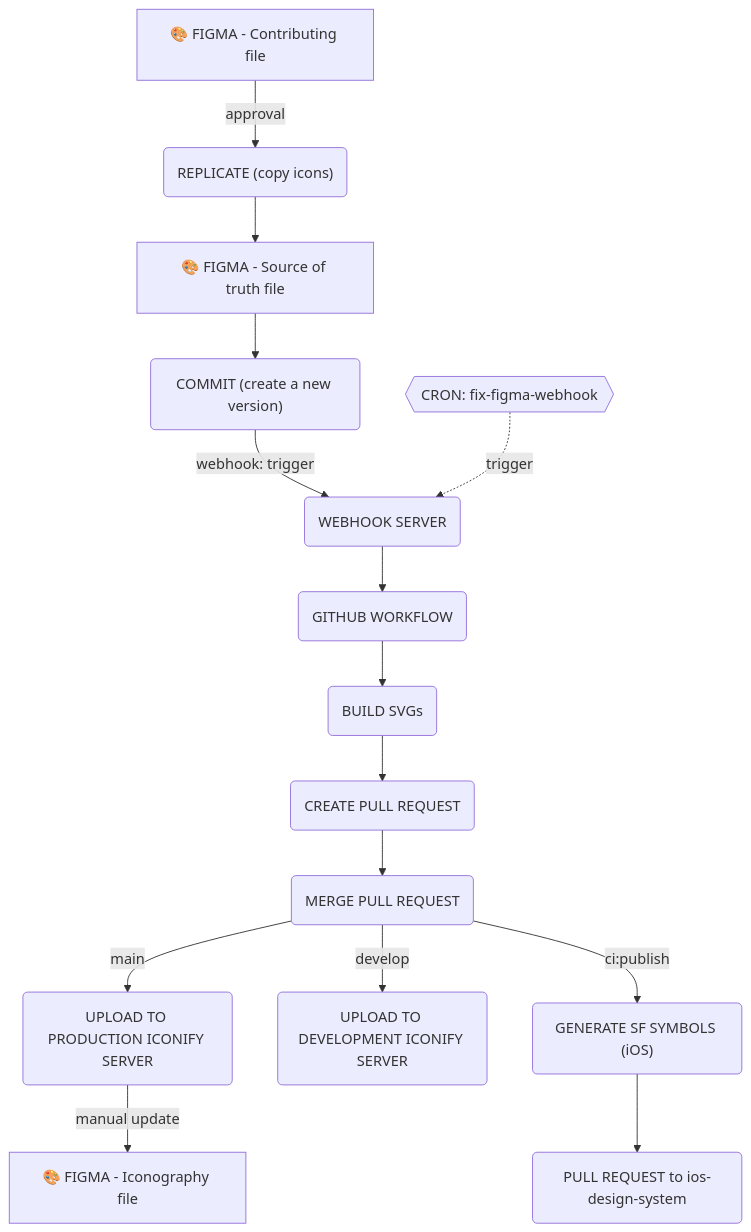
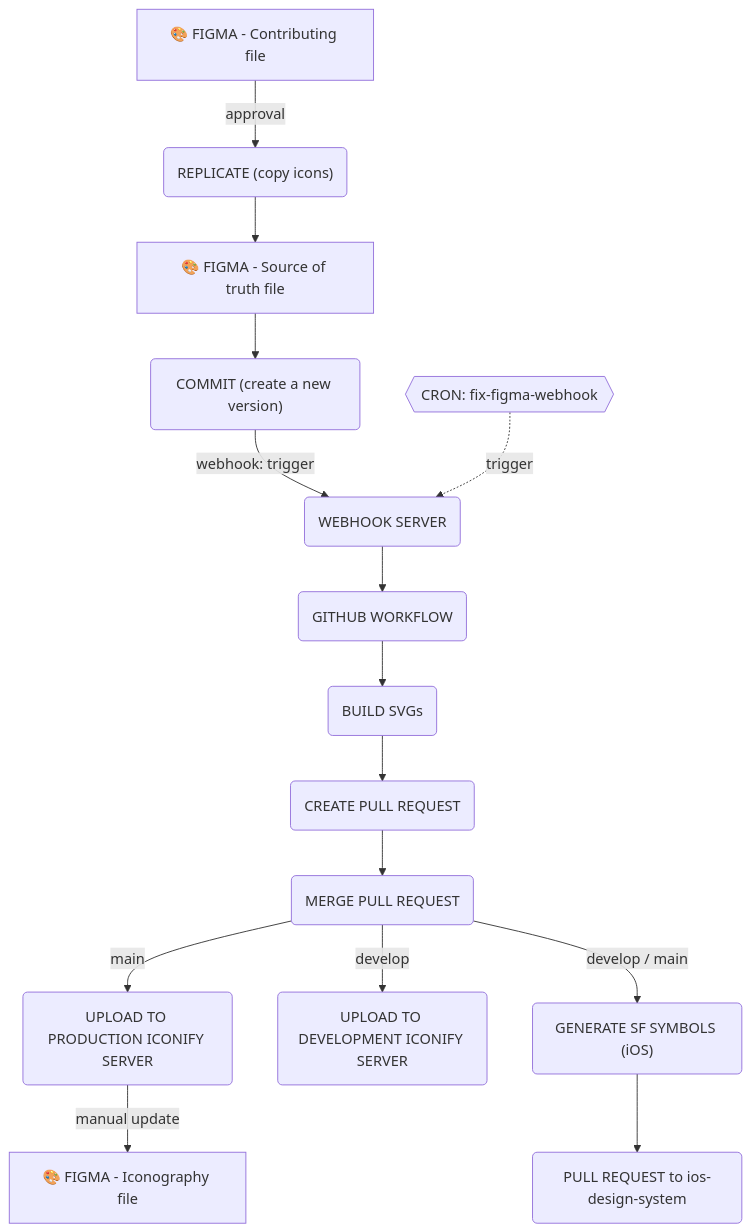
Before and after one commit to Infomaniak/design-system: the diagram in packages/assets/images/svg/README.md, drawn with Mermaid. The commit also changed other lines of this file and 2 other files, not shown here.

Commit message:
ci: publish SF Symbols using dedicated workflow

````diff
--- a/packages/assets/images/svg/README.md
+++ b/packages/assets/images/svg/README.md
@@ -95,33 +95,33 @@
 ```mermaid
 flowchart TD
   FIGMA_CONTRIBUTING["🎨 FIGMA - Contributing file"]
   REPLICATE("REPLICATE (copy icons)")
   FIGMA_SOURCE_OF_TRUTH["🎨 FIGMA - Source of truth file"]
   COMMIT("COMMIT (create a new version)")
   WEBHOOK_SERVER("WEBHOOK SERVER")
   GITHUB_WORKFLOW("GITHUB WORKFLOW")
   BUILD_SVGS("BUILD SVGs")
   CREATE_PR("CREATE PULL REQUEST")
   MERGE_PR("MERGE PULL REQUEST")
   UPLOAD_PROD("UPLOAD TO PRODUCTION ICONIFY SERVER")
   UPLOAD_DEVELOP("UPLOAD TO DEVELOPMENT ICONIFY SERVER")
   FIGMA_ICONOGRAPHY_GUIDELINE["🎨 FIGMA - Iconography file"]
 
   FIGMA_CONTRIBUTING -- "approval" --> REPLICATE
   REPLICATE --> FIGMA_SOURCE_OF_TRUTH
   FIGMA_SOURCE_OF_TRUTH --> COMMIT
   COMMIT -- "webhook: trigger" --> WEBHOOK_SERVER
   WEBHOOK_SERVER --> GITHUB_WORKFLOW
   GITHUB_WORKFLOW --> BUILD_SVGS
   BUILD_SVGS --> CREATE_PR
   CREATE_PR --> MERGE_PR
   MERGE_PR -- "main" --> UPLOAD_PROD
   MERGE_PR -- "develop" --> UPLOAD_DEVELOP
-  MERGE_PR -- "ci:publish" --> GENERATE_SF_SYMBOLS("GENERATE SF SYMBOLS (iOS)")
+  MERGE_PR -- "develop / main" --> GENERATE_SF_SYMBOLS("GENERATE SF SYMBOLS (iOS)")
   GENERATE_SF_SYMBOLS --> PR_IOS("PULL REQUEST to ios-design-system")
   UPLOAD_PROD -- "manual update" --> FIGMA_ICONOGRAPHY_GUIDELINE
 
   %% FIX_FIGMA_WEBHOOK
   FIX_FIGMA_WEBHOOK{{"CRON: fix-figma-webhook"}}
   FIX_FIGMA_WEBHOOK -. "trigger" .-> WEBHOOK_SERVER
 ```
````
